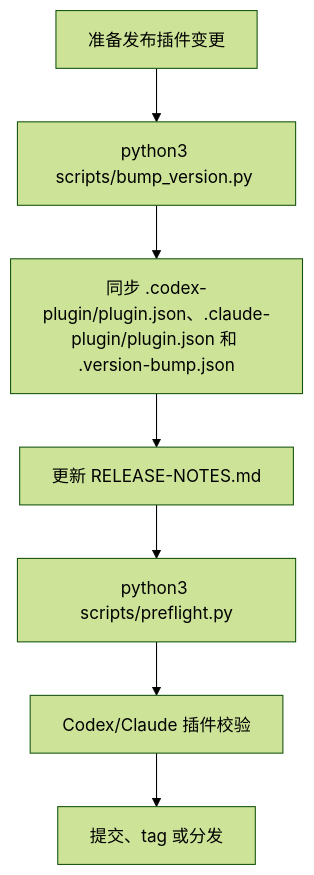
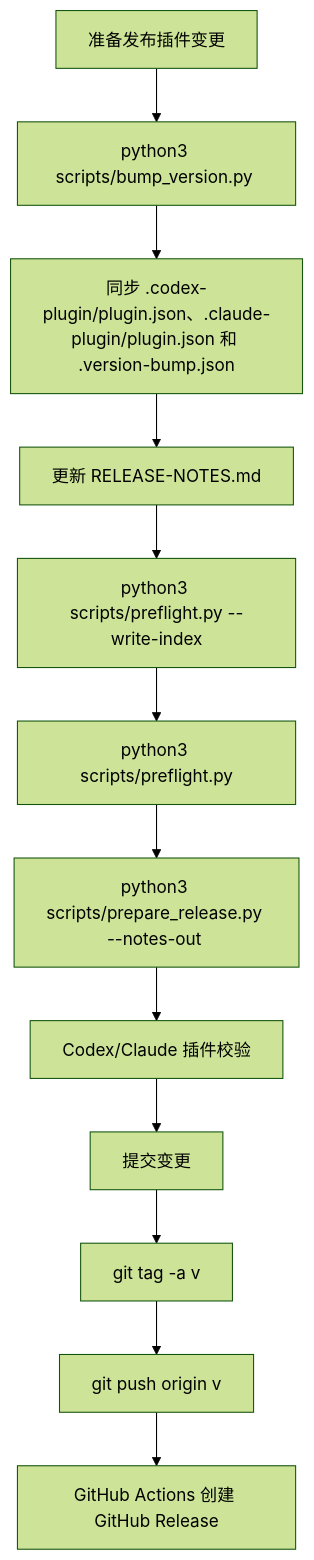
Before and after one commit to Vincen-dev/coding-plugins: the tenth of 11 diagrams in docs/workflow-chain.md, drawn with Mermaid (forest theme). The commit also changed 17 other files, not shown here.

````diff
--- a/docs/workflow-chain.md
+++ b/docs/workflow-chain.md
@@ -310,9 +310,14 @@
 ```mermaid
 flowchart TD
   A["准备发布插件变更"] --> B["python3 scripts/bump_version.py <version>"]
   B --> C["同步 .codex-plugin/plugin.json、.claude-plugin/plugin.json 和 .version-bump.json"]
   C --> D["更新 RELEASE-NOTES.md"]
-  D --> E["python3 scripts/preflight.py"]
-  E --> F["Codex/Claude 插件校验"]
-  F --> G["提交、tag 或分发"]
+  D --> E["python3 scripts/preflight.py --write-index"]
+  E --> F["python3 scripts/preflight.py"]
+  F --> G["python3 scripts/prepare_release.py --notes-out <file>"]
+  G --> H["Codex/Claude 插件校验"]
+  H --> I["提交变更"]
+  I --> J["git tag -a v<version>"]
+  J --> K["git push origin v<version>"]
+  K --> L["GitHub Actions 创建 GitHub Release"]
 ```
````
